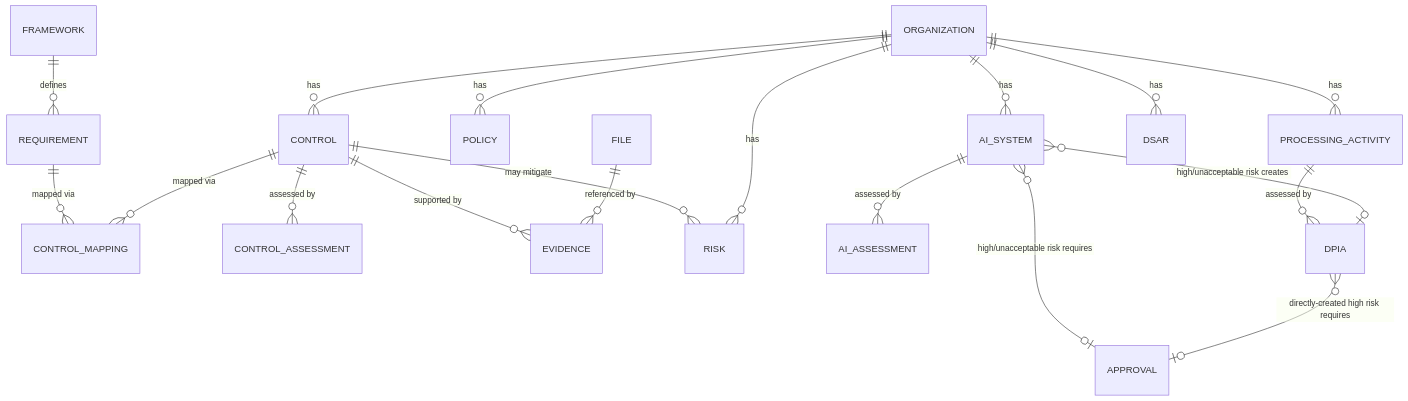
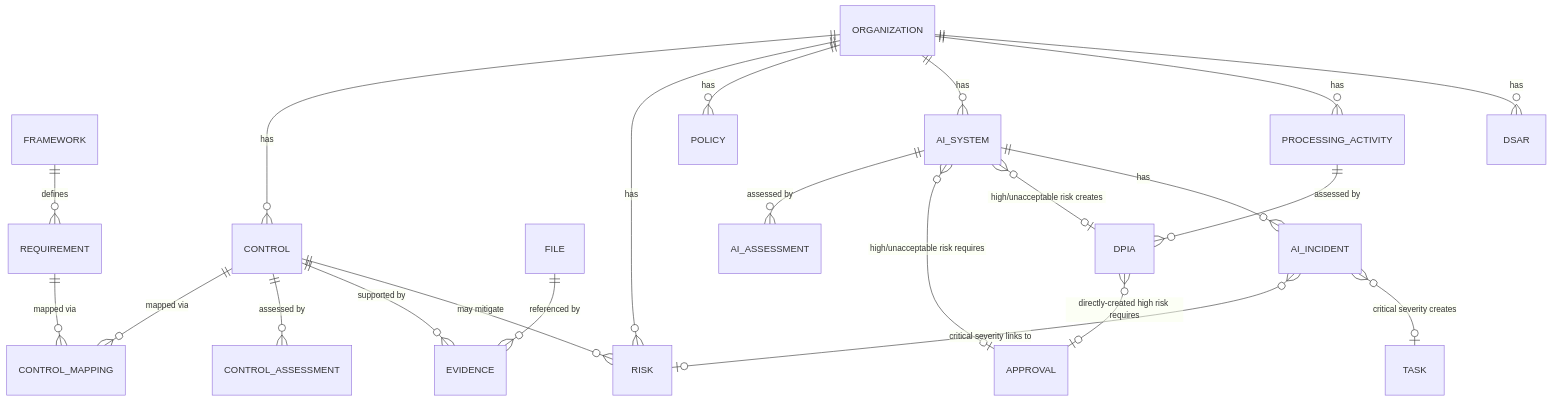
Before and after one commit to rabbit285/agora-os: the second of 7 diagrams in docs/DOMAIN_MODEL.md, drawn with Mermaid. The commit also changed other lines of this file and 19 other files, not shown here.

````diff
--- a/docs/DOMAIN_MODEL.md
+++ b/docs/DOMAIN_MODEL.md
@@ -95,21 +95,24 @@
 ```mermaid
 erDiagram
   FRAMEWORK ||--o{ REQUIREMENT : defines
   REQUIREMENT ||--o{ CONTROL_MAPPING : "mapped via"
   CONTROL ||--o{ CONTROL_MAPPING : "mapped via"
   CONTROL ||--o{ CONTROL_ASSESSMENT : "assessed by"
   CONTROL ||--o{ EVIDENCE : "supported by"
   CONTROL ||--o{ RISK : "may mitigate"
   ORGANIZATION ||--o{ CONTROL : has
   ORGANIZATION ||--o{ RISK : has
   ORGANIZATION ||--o{ POLICY : has
   FILE ||--o{ EVIDENCE : "referenced by"
   ORGANIZATION ||--o{ AI_SYSTEM : has
   AI_SYSTEM ||--o{ AI_ASSESSMENT : "assessed by"
   AI_SYSTEM }o--o| APPROVAL : "high/unacceptable risk requires"
   ORGANIZATION ||--o{ PROCESSING_ACTIVITY : has
   ORGANIZATION ||--o{ DSAR : has
   PROCESSING_ACTIVITY ||--o{ DPIA : "assessed by"
   AI_SYSTEM }o--o| DPIA : "high/unacceptable risk creates"
   DPIA }o--o| APPROVAL : "directly-created high risk requires"
+  AI_SYSTEM ||--o{ AI_INCIDENT : has
+  AI_INCIDENT }o--o| RISK : "critical severity links to"
+  AI_INCIDENT }o--o| TASK : "critical severity creates"
 ```
````
